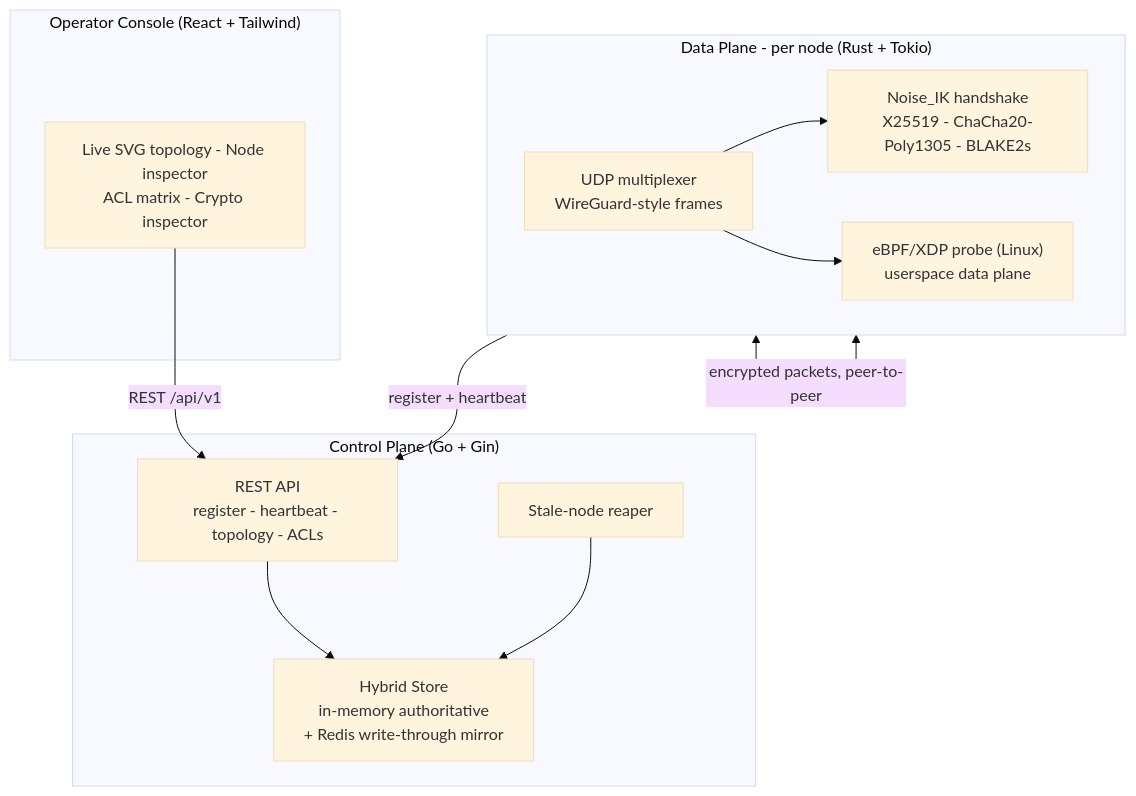
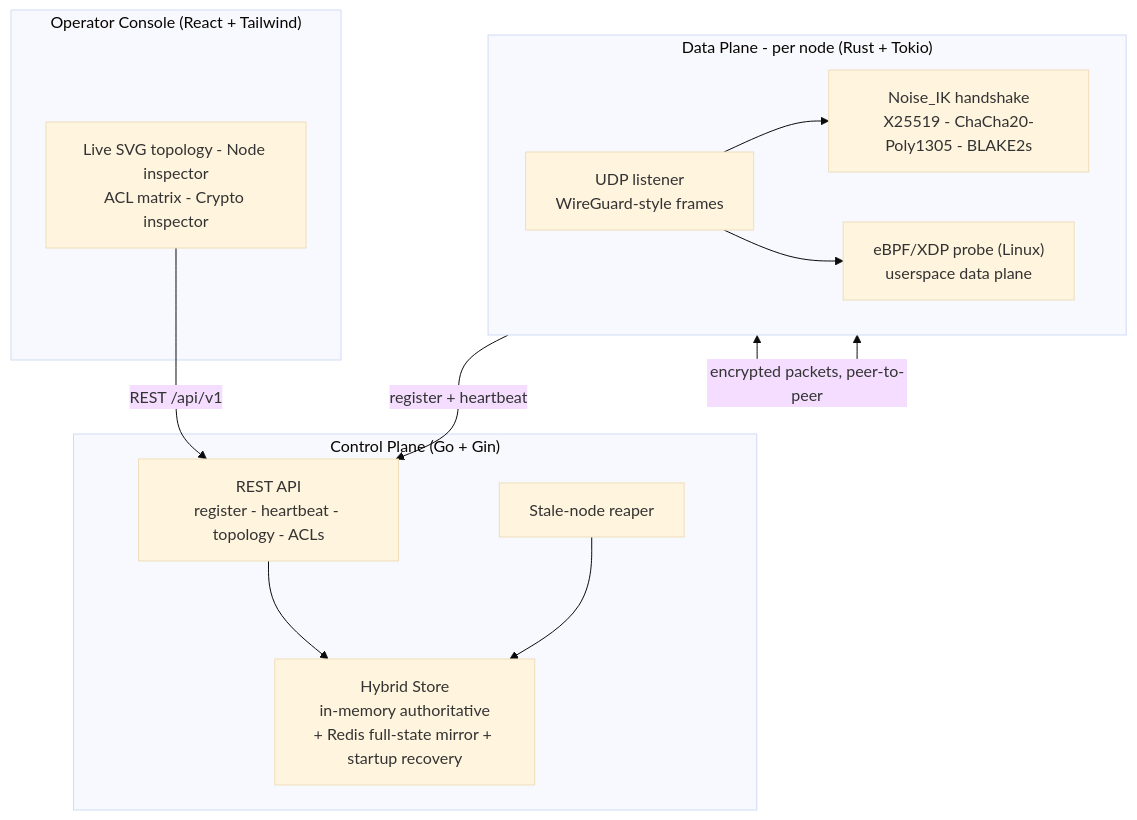
One commit to Thegreatprabh/KronosMesh changed the diagram in README.md. Above: the diagram before and after it, drawn with Mermaid (base theme). The commit also changed other lines of this file and 22 other files, not shown here.

Commit message:
Round 3 hardening: deny-override + default-deny ACLs, register-before-bind VIP fix, UDP flood bounds, fail-closed admin auth, Redis restart recovery, eBPF probe/fast-path split, session-only dashboard token + CSP

````diff
--- a/README.md
+++ b/README.md
@@ -35,26 +37,26 @@
 ```mermaid
 flowchart TB
     subgraph CP["Control Plane (Go + Gin)"]
         API["REST API<br/>register - heartbeat - topology - ACLs"]
-        STORE["Hybrid Store<br/>in-memory authoritative<br/>+ Redis write-through mirror"]
+        STORE["Hybrid Store<br/>in-memory authoritative<br/>+ Redis full-state mirror + startup recovery"]
         REAPER["Stale-node reaper"]
         API --> STORE
         REAPER --> STORE
     end
 
     subgraph UI["Operator Console (React + Tailwind)"]
         DASH["Live SVG topology - Node inspector<br/>ACL matrix - Crypto inspector"]
     end
 
     subgraph DP["Data Plane  -  per node (Rust + Tokio)"]
-        TUN["UDP multiplexer<br/>WireGuard-style frames"]
+        UDP["UDP listener<br/>WireGuard-style frames"]
         NOISE["Noise_IK handshake<br/>X25519 - ChaCha20-Poly1305 - BLAKE2s"]
         XDP["eBPF/XDP probe (Linux)<br/>userspace data plane"]
-        TUN --> NOISE
-        TUN --> XDP
+        UDP --> NOISE
+        UDP --> XDP
     end
 
     DASH -->|"REST /api/v1"| API
     DP -->|"register + heartbeat"| API
     DP <-->|"encrypted packets, peer-to-peer"| DP
 ```
````
